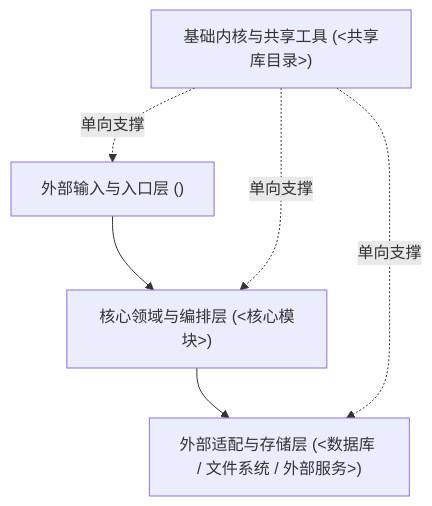
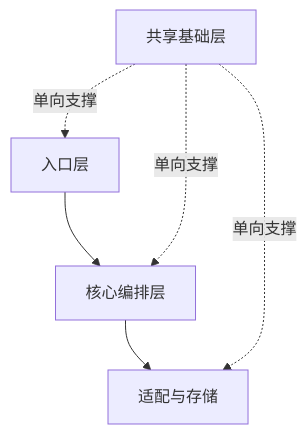
Before and after one commit to FiretrUCK666/project-forge: the first of 4 diagrams in templates/docs-tdd.md, drawn with Mermaid. The commit also changed other lines of this file and 29 other files, not shown here.

Commit message:
同步升级模板体系、技术设计文档、双语门面与矢量图并对齐两档治理契约

````diff
--- a/templates/docs-tdd.md
+++ b/templates/docs-tdd.md
@@ -40,8 +58,8 @@
 ```mermaid
 flowchart TB
-  In["外部输入与入口层 (<CLI / API / UI 入口>)"] --> Core["核心领域与编排层 (<核心模块>)"]
-  Core --> Adapter["外部适配与存储层 (<数据库 / 文件系统 / 外部服务>)"]
-  Shared["基础内核与共享工具 (<共享库目录>)"] -. "单向支撑" .-> In
+  In["入口层"] --> Core["核心编排层"]
+  Core --> Adapter["适配与存储"]
+  Shared["共享基础层"] -. "单向支撑" .-> In
   Shared -. "单向支撑" .-> Core
   Shared -. "单向支撑" .-> Adapter
 ```
````
